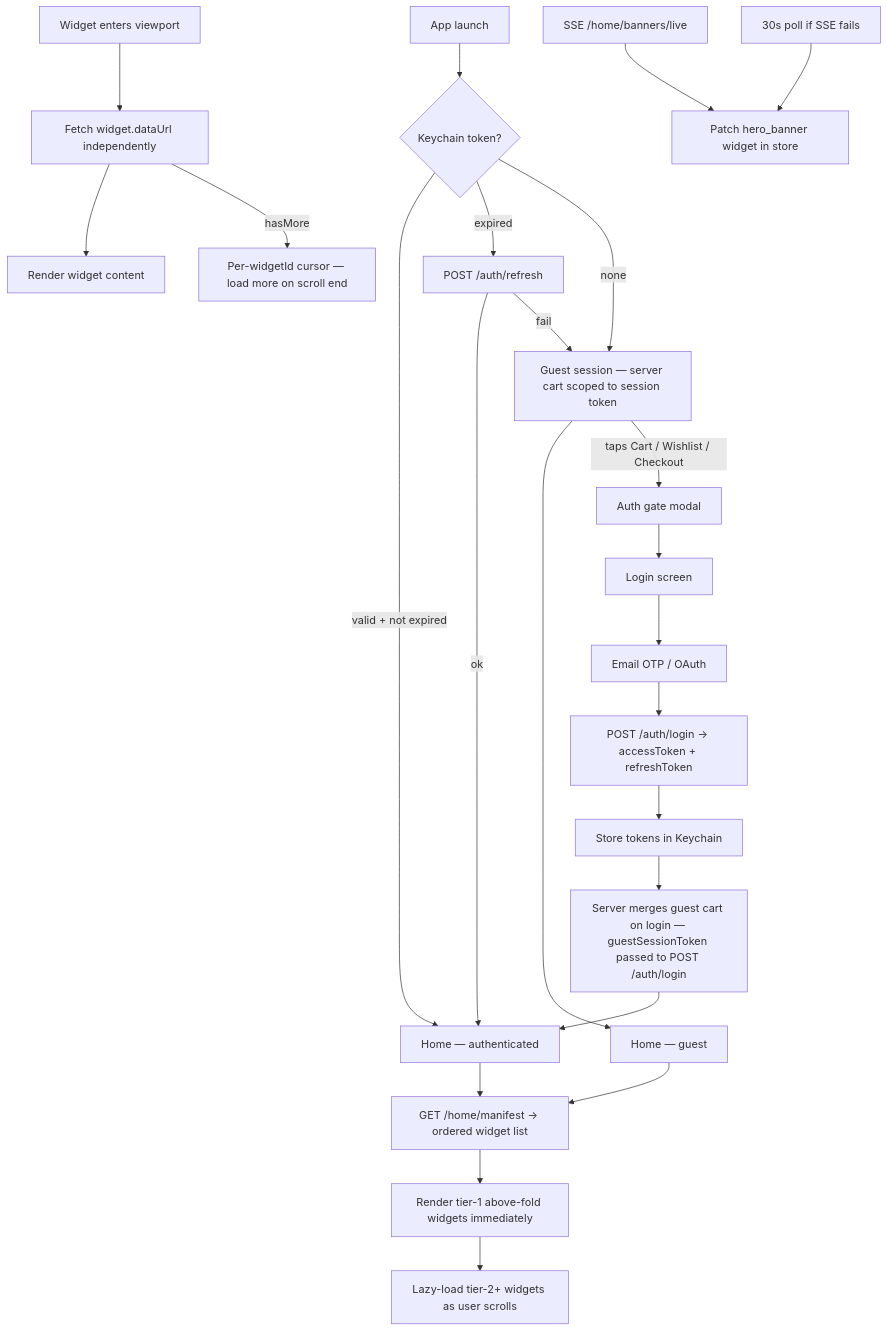
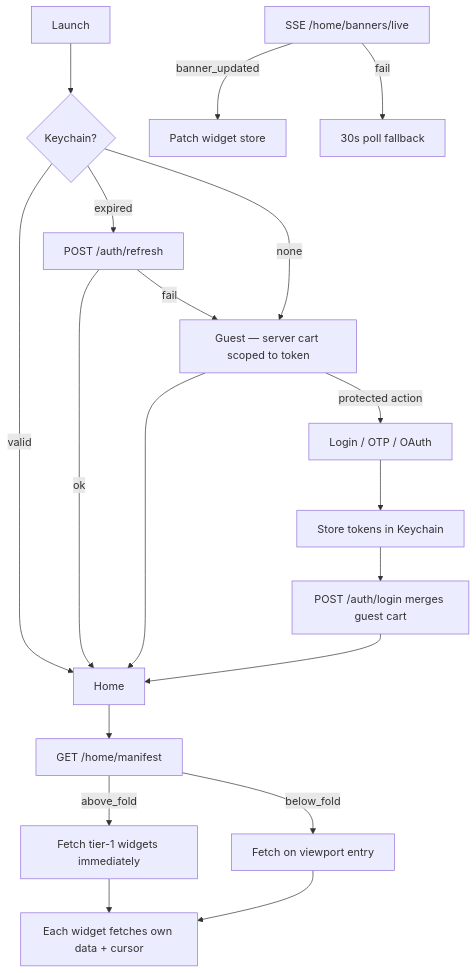
Before and after one commit to shubhamd99/private-learnings: the second of 3 diagrams in GreatFrontend/SystemDesign/DesignECommerceApp.md, drawn with Mermaid. The commit also changed other lines of this file, not shown here.

Commit message:
design ecommerce app

````diff
--- a/GreatFrontend/SystemDesign/DesignECommerceApp.md
+++ b/GreatFrontend/SystemDesign/DesignECommerceApp.md
@@ -43,30 +32,23 @@
 ```mermaid
 graph TD
-    LAUNCH[App launch] --> TOKEN_CHECK{Keychain token?}
-    TOKEN_CHECK -->|valid + not expired| HOME_AUTH[Home — authenticated]
-    TOKEN_CHECK -->|expired| REFRESH[POST /auth/refresh]
-    REFRESH -->|ok| HOME_AUTH
-    REFRESH -->|fail| GUEST[Guest session — server cart scoped to session token]
-    TOKEN_CHECK -->|none| GUEST
-    GUEST --> HOME_GUEST[Home — guest]
+    LAUNCH[Launch] --> TOKEN{Keychain?}
+    TOKEN -->|valid| HOME
+    TOKEN -->|expired| REFRESH[POST /auth/refresh]
+    REFRESH -->|ok| HOME
+    REFRESH -->|fail| GUEST[Guest — server cart scoped to token]
+    TOKEN -->|none| GUEST
+    GUEST --> HOME[Home]
 
-    HOME_AUTH --> MANIFEST[GET /home/manifest → ordered widget list]
-    HOME_GUEST --> MANIFEST
-    MANIFEST --> TIER1[Render tier-1 above-fold widgets immediately]
-    TIER1 --> TIER2[Lazy-load tier-2+ widgets as user scrolls]
+    HOME --> MANIFEST[GET /home/manifest]
+    MANIFEST -->|above_fold| EAGER[Fetch tier-1 widgets immediately]
+    MANIFEST -->|below_fold| LAZY[Fetch on viewport entry]
+    EAGER & LAZY --> WIDGET[Each widget fetches own data + cursor]
 
-    WIDGET_VP[Widget enters viewport] --> FETCH_W[Fetch widget.dataUrl independently]
-    FETCH_W --> RENDER_W[Render widget content]
-    FETCH_W -->|hasMore| CURSOR_W[Per-widgetId cursor — load more on scroll end]
+    GUEST -->|protected action| LOGIN[Login / OTP / OAuth]
+    LOGIN --> KEYCHAIN[Store tokens in Keychain]
+    KEYCHAIN --> MERGE[POST /auth/login merges guest cart]
+    MERGE --> HOME
 
-    SSE_BANNER[SSE /home/banners/live] --> PATCH_BANNER[Patch hero_banner widget in store]
-    POLL_FALLBACK[30s poll if SSE fails] --> PATCH_BANNER
-
-    GUEST -->|taps Cart / Wishlist / Checkout| GATE[Auth gate modal]
-    GATE --> LOGIN[Login screen]
-    LOGIN --> OTP[Email OTP / OAuth]
-    OTP --> ISSUE[POST /auth/login → accessToken + refreshToken]
-    ISSUE --> KEYCHAIN[Store tokens in Keychain]
-    KEYCHAIN --> MERGE[Server merges guest cart on login — guestSessionToken passed to POST /auth/login]
-    MERGE --> HOME_AUTH
+    SSE[SSE /home/banners/live] -->|banner_updated| PATCH[Patch widget store]
+    SSE -->|fail| POLL[30s poll fallback]
 ```
````
